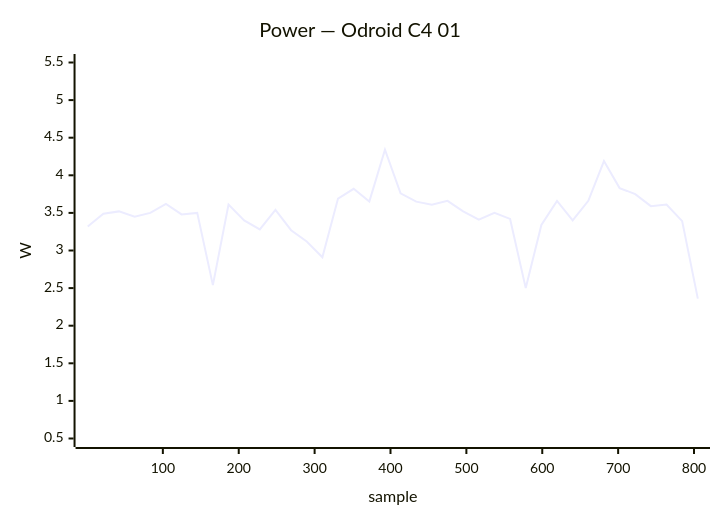
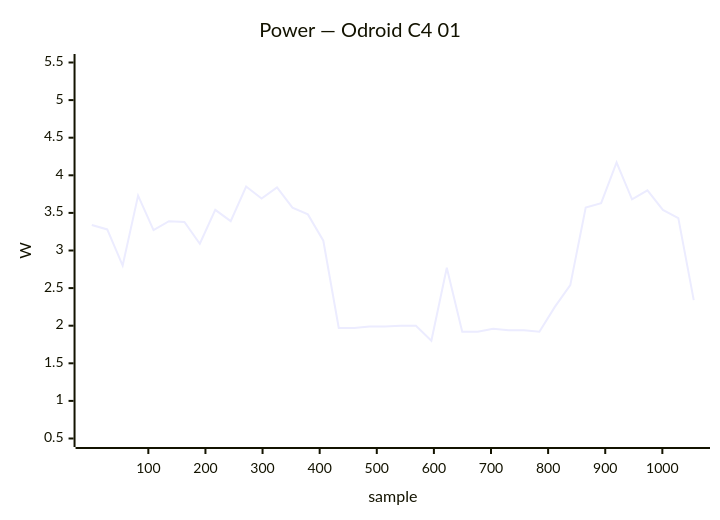
Diagram 18 of 33 in docs/status/board-tests.md (armbian/documentation), drawn with Mermaid before and after one commit. The commit also changed other lines of this file, not shown here.

````diff
--- a/docs/status/board-tests.md
+++ b/docs/status/board-tests.md
@@ -1048,7 +987,7 @@
 ```mermaid
 xychart-beta
     title "Power — Odroid C4 01"
-    x-axis "sample" 1 --> 805
+    x-axis "sample" 1 --> 1055
     y-axis "W" 0.5 --> 5.5
-    line [3.32, 3.49, 3.52, 3.45, 3.50, 3.62, 3.48, 3.50, 2.54, 3.61, 3.40, 3.28, 3.54, 3.27, 3.12, 2.91, 3.69, 3.82, 3.65, 4.34, 3.76, 3.65, 3.61, 3.66, 3.52, 3.41, 3.50, 3.42, 2.50, 3.34, 3.66, 3.40, 3.66, 4.19, 3.83, 3.75, 3.59, 3.61, 3.39, 2.36]
+    line [3.34, 3.28, 2.80, 3.73, 3.27, 3.39, 3.38, 3.09, 3.54, 3.39, 3.85, 3.69, 3.84, 3.57, 3.48, 3.13, 1.97, 1.97, 1.99, 1.99, 2.00, 2.00, 1.80, 2.77, 1.92, 1.92, 1.96, 1.94, 1.94, 1.92, 2.25, 2.54, 3.57, 3.63, 4.17, 3.68, 3.80, 3.54, 3.43, 2.34]
 ```
````
